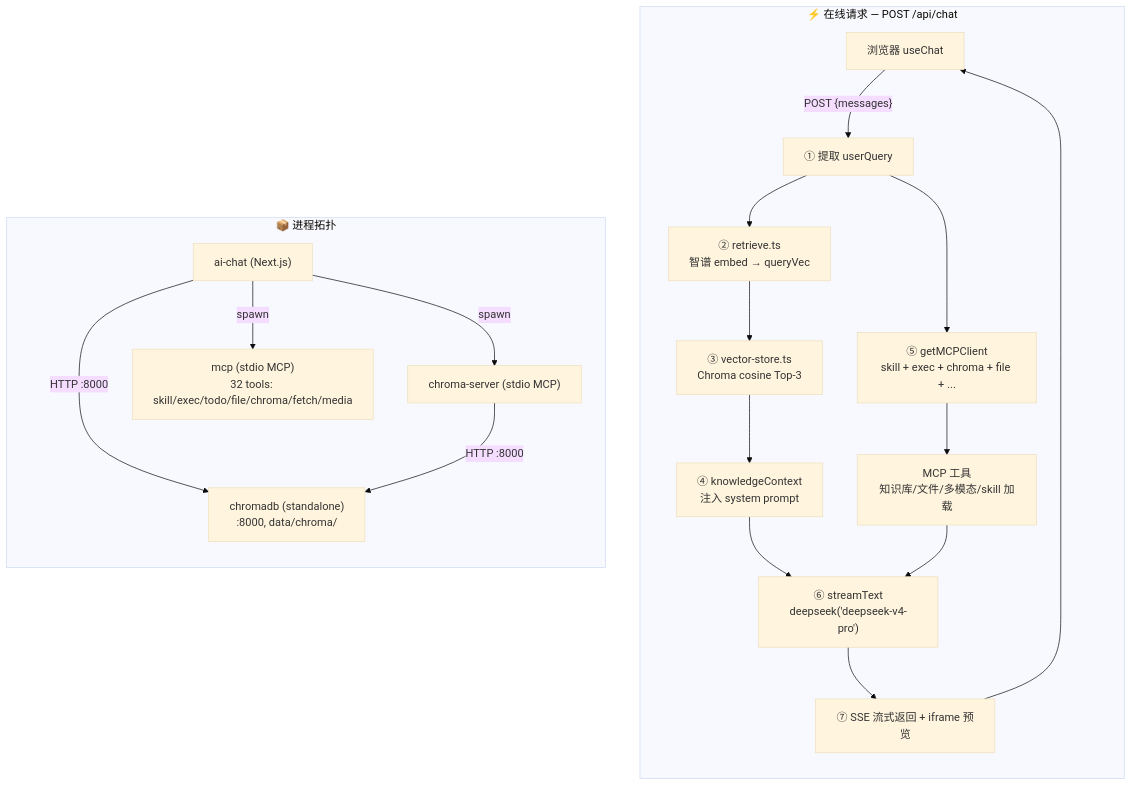
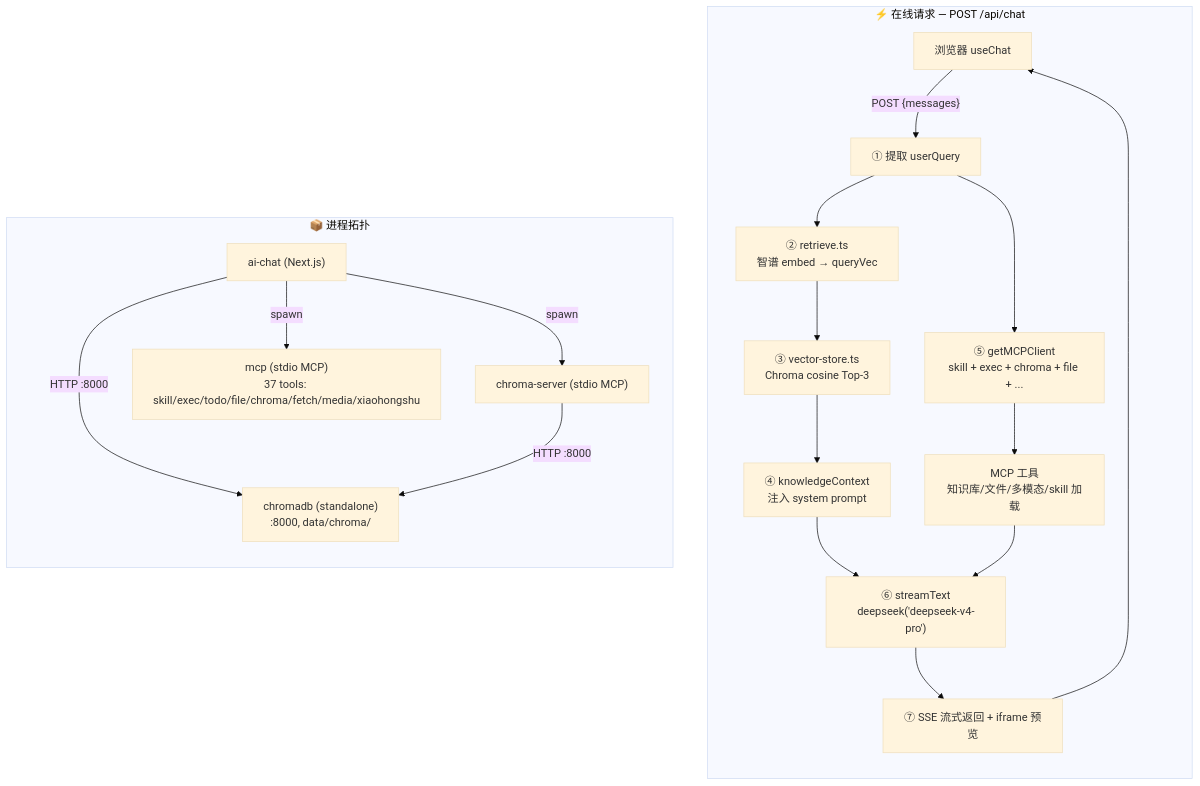
The diagram in design.md (xiaoshengkai/xiaoshengkai-ai), drawn with Mermaid (base theme) before and after one commit. The commit also changed other lines of this file and 3 other files, not shown here.

Commit message:
docs: update README, CHANGELOG, mcp/README, design.md for xiaohongshu note feature

````diff
--- a/design.md
+++ b/design.md
@@ -29,33 +29,33 @@
 ```mermaid
 flowchart TD
   subgraph ON["⚡ 在线请求 — POST /api/chat"]
     direction TB
     U["浏览器 useChat"]
     R1["① 提取 userQuery"]
     R2["② retrieve.ts<br/>智谱 embed → queryVec"]
     R3["③ vector-store.ts<br/>Chroma cosine Top-3"]
     R4["④ knowledgeContext<br/>注入 system prompt"]
 R5["⑤ getMCPClient<br/>skill + exec + chroma + file + ..."]
     R6["MCP 工具<br/>知识库/文件/多模态/skill 加载"]
     R7["⑥ streamText<br/>deepseek('deepseek-v4-pro')"]
     R8["⑦ SSE 流式返回 + iframe 预览"]
     U -->|"POST {messages}"| R1
     R1 --> R2 --> R3 --> R4
     R1 --> R5 --> R6
     R4 --> R7
     R6 --> R7
     R7 --> R8 --> U
   end
 
   subgraph PROC["📦 进程拓扑"]
     direction TB
     A1["ai-chat (Next.js)"]
     A2["chromadb (standalone)<br/>:8000, data/chroma/"]
     A3["chroma-server (stdio MCP)"]
-    A4["mcp (stdio MCP)<br/>32 tools: skill/exec/todo/file/chroma/fetch/media"]
+    A4["mcp (stdio MCP)<br/>37 tools: skill/exec/todo/file/chroma/fetch/media/xiaohongshu"]
     A1 -->|"spawn"| A3
     A1 -->|"HTTP :8000"| A2
     A3 -->|"HTTP :8000"| A2
     A1 -->|"spawn"| A4
   end
 ```
````
